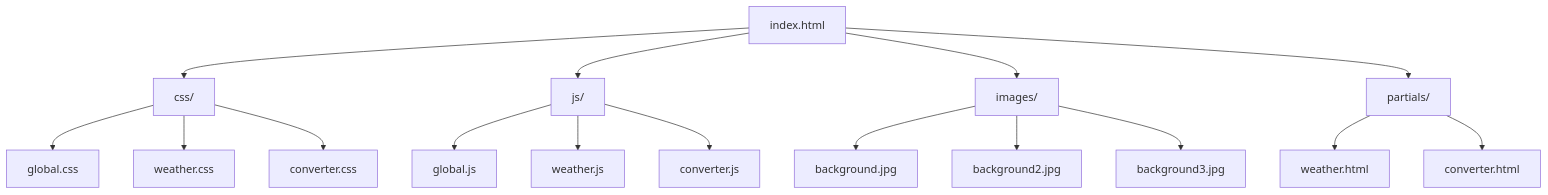
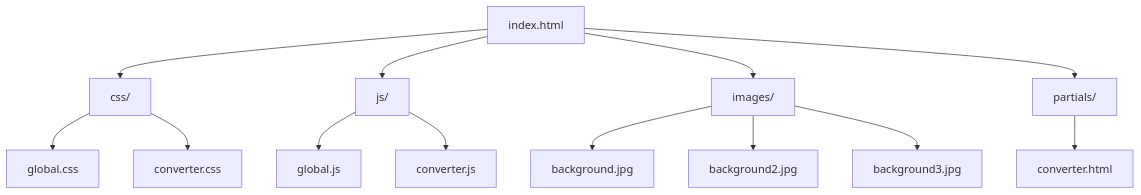
Before and after one commit to Tobias-Bao/Tobias-Bao.github.io: the diagram in README.md, drawn with Mermaid. The commit also changed other lines of this file and 5 other files, not shown here.

````diff
--- a/README.md
+++ b/README.md
@@ -5,18 +5,15 @@
 ```mermaid
 graph TD
     A[index.html] --> B[css/]
     A --> C[js/]
     A --> D[images/]
     A --> E[partials/]
     B --> B1[global.css]
-    B --> B2[weather.css]
-    B --> B3[converter.css]
+    B --> B2[converter.css]
     C --> C1[global.js]
-    C --> C2[weather.js]
-    C --> C3[converter.js]
+    C --> C2[converter.js]
     D --> D1[background.jpg]
     D --> D2[background2.jpg]
     D --> D3[background3.jpg]
-    E --> E1[weather.html]
-    E --> E2[converter.html]
+    E --> E1[converter.html]
 ```
````
